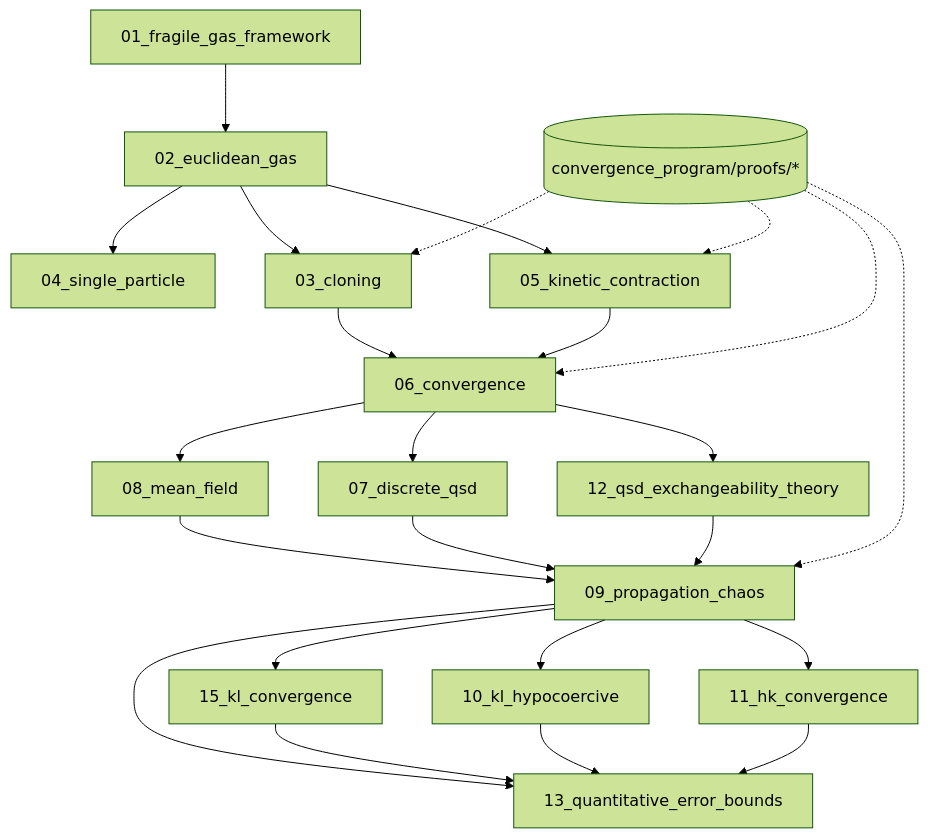
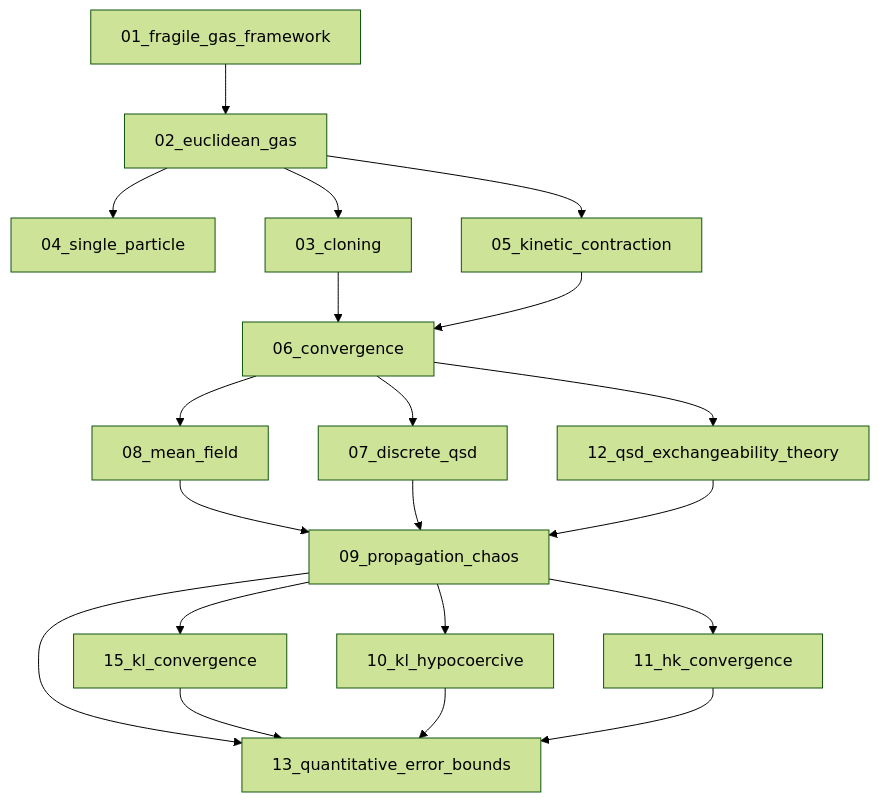
Before and after one commit to FragileTech/fragile: the diagram in docs/source/3_fractal_gas/intro_fractal_gas_revamp.md, drawn with Mermaid (forest theme). The commit also changed other lines of this file and 53 other files, not shown here.

````diff
--- a/docs/source/3_fractal_gas/intro_fractal_gas_revamp.md
+++ b/docs/source/3_fractal_gas/intro_fractal_gas_revamp.md
@@ -181,26 +172,22 @@
-```{mermaid}
+```mermaid
 flowchart TD
     A[01_fragile_gas_framework] --> B[02_euclidean_gas]
     B --> C[04_single_particle]
     B --> D[03_cloning]
     B --> E[05_kinetic_contraction]
     D --> F[06_convergence]
     E --> F
     F --> G[07_discrete_qsd]
     F --> H[12_qsd_exchangeability_theory]
     F --> I[08_mean_field]
     I --> J[09_propagation_chaos]
     J --> K[15_kl_convergence]
     J --> L[10_kl_hypocoercive]
     J --> M[11_hk_convergence]
     J --> N[13_quantitative_error_bounds]
     G --> J
     H --> J
     K --> N
     L --> N
     M --> N
-    P[(convergence_program/proofs/*)] -.-> D
-    P -.-> E
-    P -.-> F
-    P -.-> J
 ```
````
